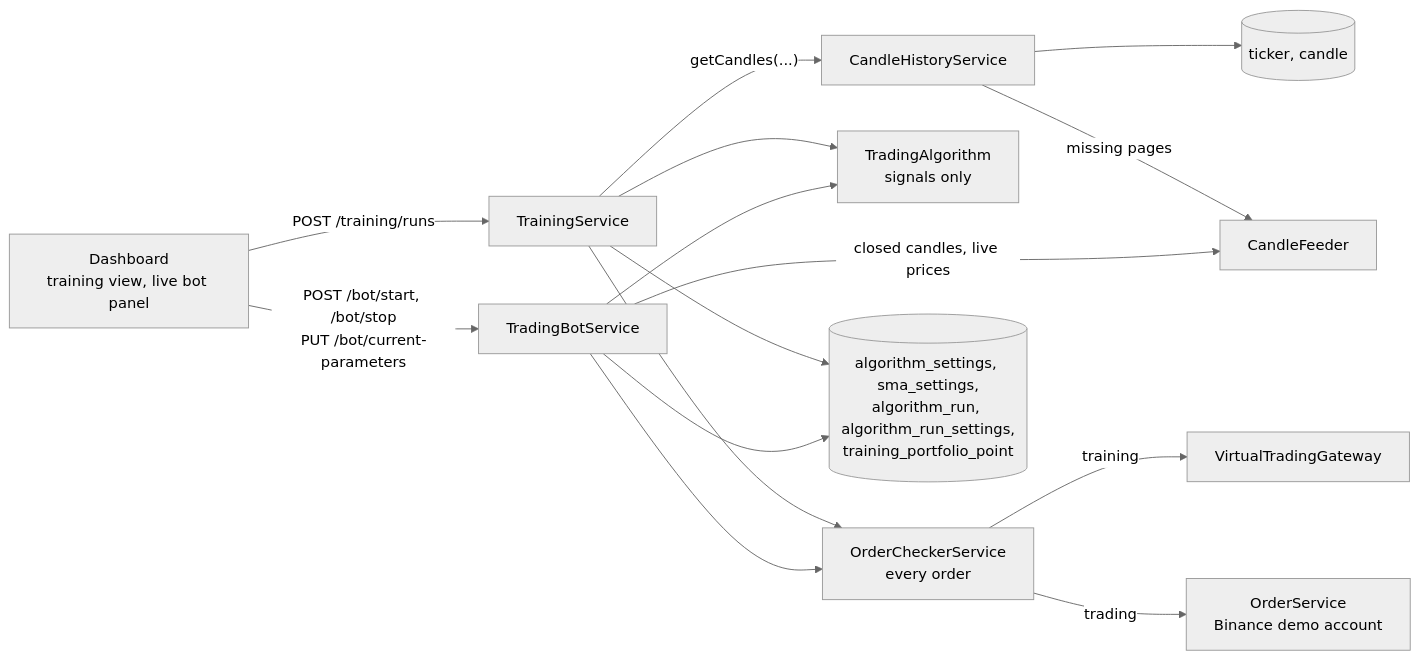
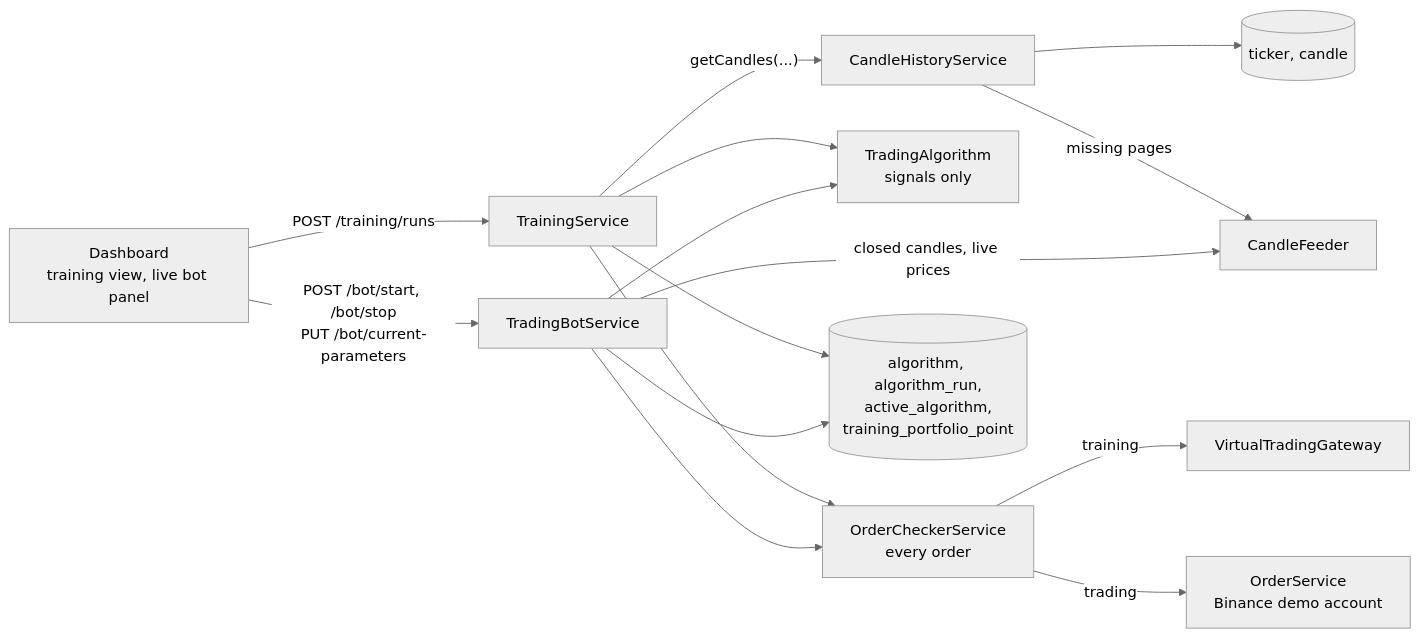
One commit to ShadowOfDiablo/t212-coding-task changed diagram 22 of 29 in docs/ARCHITECTURE.md. Above: the diagram before and after it, drawn with Mermaid (neutral theme). The commit also changed other lines of this file and 68 other files, not shown here.

````diff
--- a/docs/ARCHITECTURE.md
+++ b/docs/ARCHITECTURE.md
@@ -1033,17 +1033,17 @@
 ```mermaid
 flowchart LR
     Ui["Dashboard<br/>training view, live bot panel"] -- "POST /training/runs" --> Train["TrainingService"]
     Ui -- "POST /bot/start, /bot/stop<br/>PUT /bot/current-parameters" --> Bot["TradingBotService"]
     Train -- "getCandles(...)" --> Hist["CandleHistoryService"]
     Hist --> CandleDb[("ticker, candle")]
     Hist -- "missing pages" --> Feeder["CandleFeeder"]
     Bot -- "closed candles, live prices" --> Feeder
     Train --> Algo["TradingAlgorithm<br/>signals only"]
     Bot --> Algo
     Train --> Checker["OrderCheckerService<br/>every order"]
     Bot --> Checker
     Checker -- "training" --> Virtual["VirtualTradingGateway"]
     Checker -- "trading" --> Orders["OrderService<br/>Binance demo account"]
-    Train --> RunDb[("algorithm_settings, sma_settings,<br/>algorithm_run, algorithm_run_settings,<br/>training_portfolio_point")]
+    Train --> RunDb[("algorithm, algorithm_run,<br/>active_algorithm,<br/>training_portfolio_point")]
     Bot --> RunDb
 ```
````
